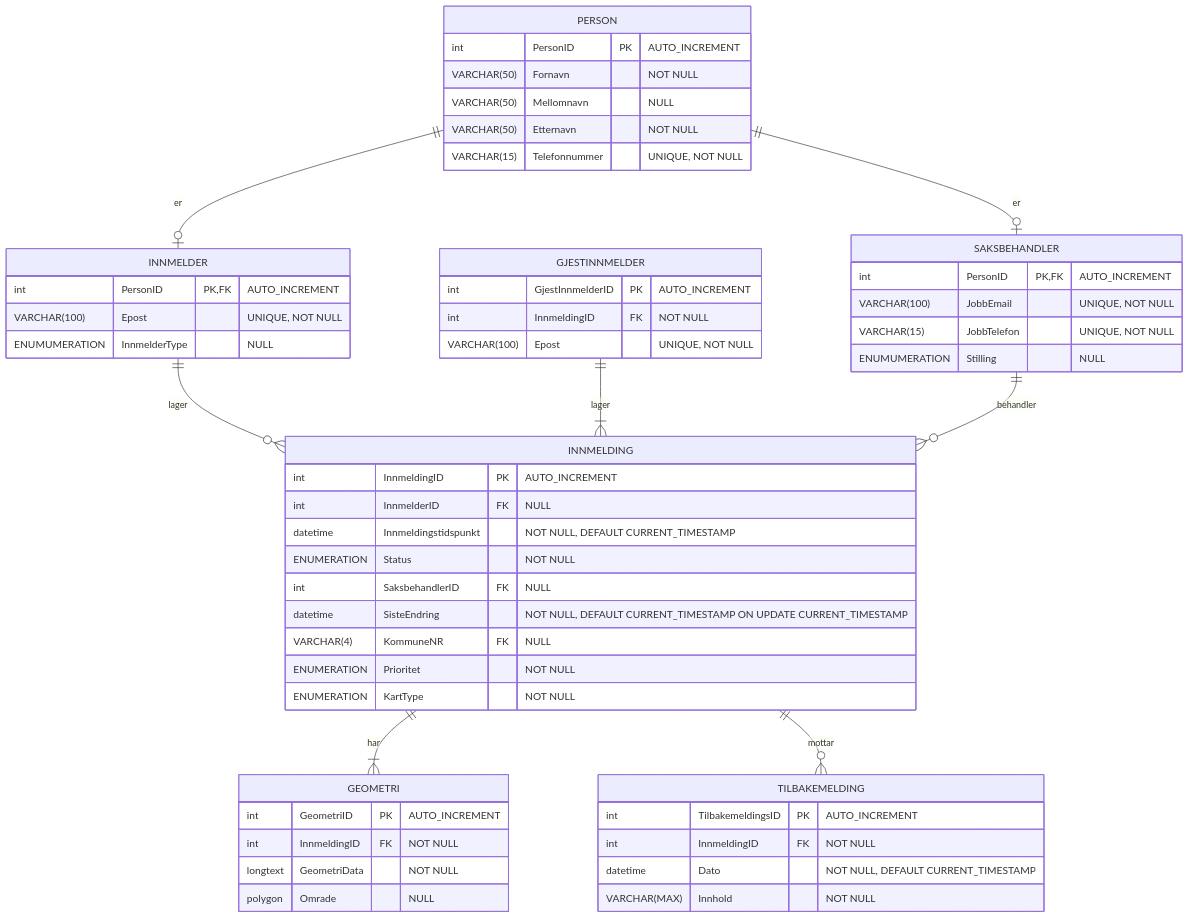
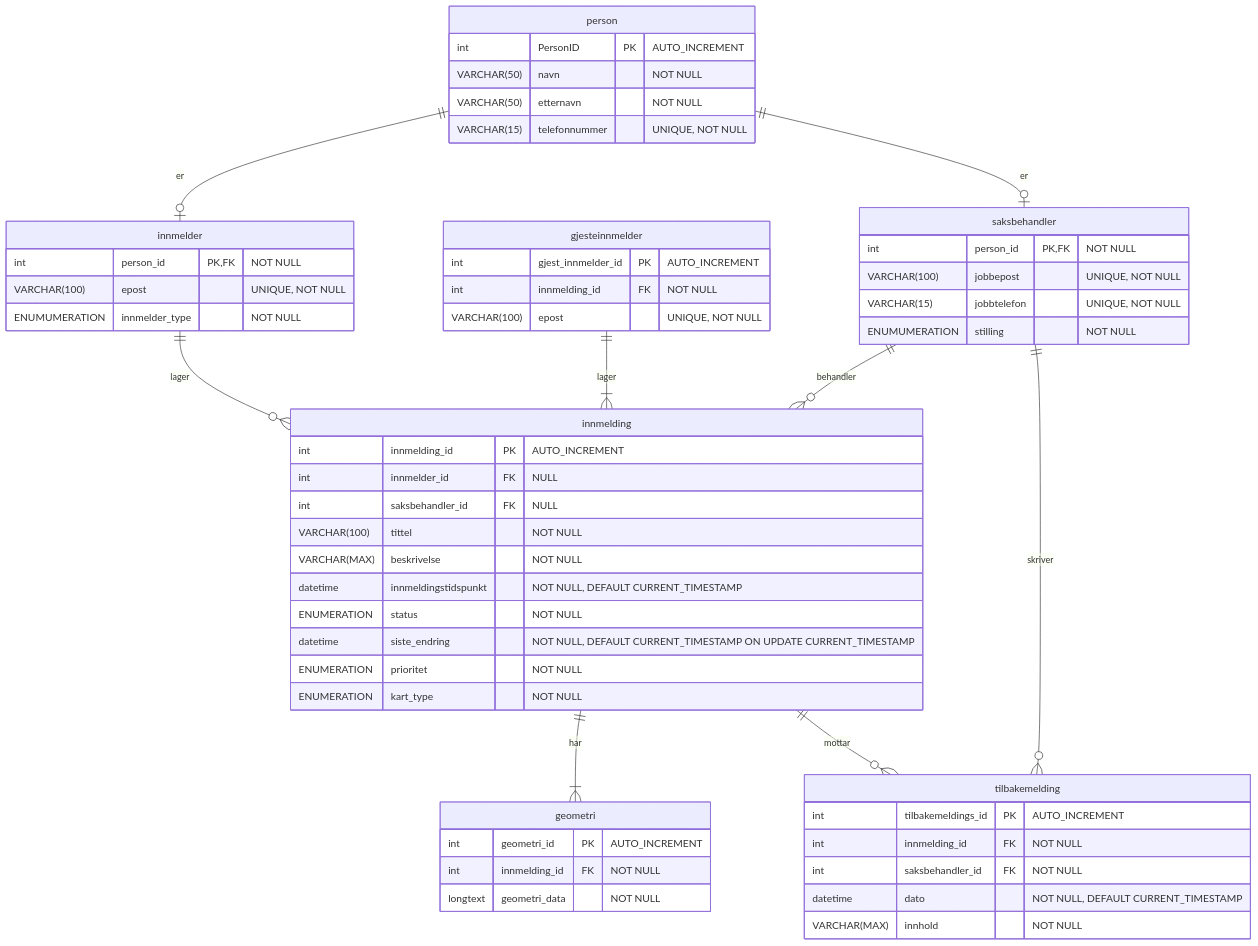
One commit to Kristiann96/Gruppe10KV changed the diagram in Gruppe10KVprototype/ER og UML diagrammer/ERG10KV6.mmd. Above: the diagram before and after it, drawn with Mermaid.

Commit message:
RefaktorertEtterNavnekonvensjoner RefaktorertGeometritabell

```diff
--- a/Gruppe10KVprototype/ER og UML diagrammer/ERG10KV6.mmd
+++ b/Gruppe10KVprototype/ER og UML diagrammer/ERG10KV6.mmd
@@ -1,69 +1,59 @@
-%%{init: {'themeCSS': 
-[
-'[id|=entity-PRIORITET] .er.entityBox { fill: #fae4aa; }',
-'[id|=entity-STATUS] .er.entityBox { fill: #fae4aa; }',
-'[id|=entity-KARTTYPE] .er.entityBox { fill: #fae4aa; }',
-'[id|=entity-KOMMUNE] .er.entityBox { fill: #fae4aa; }',
-'[id|=entity-INNMELDERTYPE] .er.entityBox { fill: #fae4aa; }',
-'[id|=entity-SAKSBEHANDLERTYPE] .er.entityBox { fill: #fae4aa; }',
-'[id|=entity-KARTKILDE] .er.entityBox { fill: #9bfa9b; }',
-'[id|=entity-KOMMUNETILHORIGHET] .er.entityBox { fill: #9bfa9b; }'
-] }}%%
-
 erDiagram
 
-    PERSON {
+    person {
         int PersonID PK "AUTO_INCREMENT"
-        VARCHAR(50) Fornavn "NOT NULL"
-        VARCHAR(50) Mellomnavn "NULL"
-        VARCHAR(50) Etternavn "NOT NULL"
-        VARCHAR(15) Telefonnummer "UNIQUE, NOT NULL"
+        VARCHAR(50) navn "NOT NULL"
+        VARCHAR(50) etternavn "NOT NULL"
+        VARCHAR(15) telefonnummer "UNIQUE, NOT NULL"
     }
-    PERSON ||--|O INNMELDER : "er"
-    PERSON ||--|O SAKSBEHANDLER : "er"
-    INNMELDER ||--o{ INNMELDING : "lager"
-    GJESTINNMELDER ||--|{ INNMELDING : "lager"
-    GJESTINNMELDER {
-        int GjestInnmelderID PK "AUTO_INCREMENT"
-        int InnmeldingID FK "NOT NULL"
-        VARCHAR(100) Epost "UNIQUE, NOT NULL"
+    person ||--|O innmelder : "er"
+    person ||--|O saksbehandler : "er"
+    innmelder ||--o{ innmelding : "lager"
+    gjesteinnmelder ||--|{ innmelding : "lager"
+    gjesteinnmelder {
+        int gjest_innmelder_id PK "AUTO_INCREMENT"
+        int innmelding_id FK "NOT NULL"
+        VARCHAR(100) epost "UNIQUE, NOT NULL"
     }
 
-    INNMELDER {
-        int PersonID PK, FK "AUTO_INCREMENT"
-        VARCHAR(100) Epost "UNIQUE, NOT NULL"
-        ENUMUMERATION InnmelderType "NULL"
+    innmelder {
+        int person_id PK, FK "NOT NULL"
+        VARCHAR(100) epost "UNIQUE, NOT NULL"
+        ENUMUMERATION innmelder_type "NOT NULL"
     }
 
-    SAKSBEHANDLER ||--o{ INNMELDING : "behandler"
-    SAKSBEHANDLER {
-        int PersonID PK, FK "AUTO_INCREMENT"
-        VARCHAR(100) JobbEmail "UNIQUE, NOT NULL"
-        VARCHAR(15) JobbTelefon "UNIQUE, NOT NULL"
-        ENUMUMERATION Stilling "NULL"
+    saksbehandler ||--o{ innmelding : "behandler"
+    saksbehandler {
+        int person_id PK, FK "NOT NULL"
+        VARCHAR(100) jobbepost "UNIQUE, NOT NULL"
+        VARCHAR(15) jobbtelefon "UNIQUE, NOT NULL"
+        ENUMUMERATION stilling "NOT NULL"
     }
-    INNMELDING ||--|{ GEOMETRI : "har"
-    INNMELDING ||--o{ TILBAKEMELDING : "mottar"    
-    INNMELDING {
-        int InnmeldingID PK "AUTO_INCREMENT"
-        int InnmelderID FK "NULL"
-        datetime Innmeldingstidspunkt "NOT NULL, DEFAULT CURRENT_TIMESTAMP"
-        ENUMERATION Status "NOT NULL"
-        int SaksbehandlerID FK "NULL"
-        datetime SisteEndring "NOT NULL, DEFAULT CURRENT_TIMESTAMP ON UPDATE CURRENT_TIMESTAMP"
-        VARCHAR(4) KommuneNR FK "NULL"
-        ENUMERATION Prioritet "NOT NULL"
-        ENUMERATION KartType "NOT NULL"
+    innmelding ||--|{ geometri : "har"
+    innmelding ||--o{ tilbakemelding : "mottar"    
+    innmelding {
+        int innmelding_id PK "AUTO_INCREMENT"
+        int innmelder_id FK "NULL"
+        int saksbehandler_id FK "NULL"
+        VARCHAR(100) tittel "NOT NULL"
+        VARCHAR(MAX) beskrivelse "NOT NULL"
+        datetime innmeldingstidspunkt "NOT NULL, DEFAULT CURRENT_TIMESTAMP"
+        ENUMERATION status "NOT NULL"
+        datetime siste_endring "NOT NULL, DEFAULT CURRENT_TIMESTAMP ON UPDATE CURRENT_TIMESTAMP"
+        ENUMERATION prioritet "NOT NULL"
+        ENUMERATION kart_type "NOT NULL"
     }    
-    GEOMETRI {
-        int GeometriID PK "AUTO_INCREMENT"
-        int InnmeldingID FK "NOT NULL"
-        longtext GeometriData "NOT NULL"
-        polygon Omrade "NULL"
+    geometri {
+        int geometri_id PK "AUTO_INCREMENT"
+        int innmelding_id FK "NOT NULL"
+        longtext geometri_data "NOT NULL"
+        
     }
-    TILBAKEMELDING {
-        int TilbakemeldingsID PK "AUTO_INCREMENT"
-        int InnmeldingID FK "NOT NULL"
-        datetime Dato "NOT NULL, DEFAULT CURRENT_TIMESTAMP"
-        VARCHAR(MAX) Innhold "NOT NULL"
+    tilbakemelding {
+        int tilbakemeldings_id PK "AUTO_INCREMENT"
+        int innmelding_id FK "NOT NULL"
+        int saksbehandler_id FK "NOT NULL"
+        datetime dato "NOT NULL, DEFAULT CURRENT_TIMESTAMP"
+        VARCHAR(MAX) innhold "NOT NULL"
     }
+    saksbehandler ||--o{ tilbakemelding : "skriver"
```
